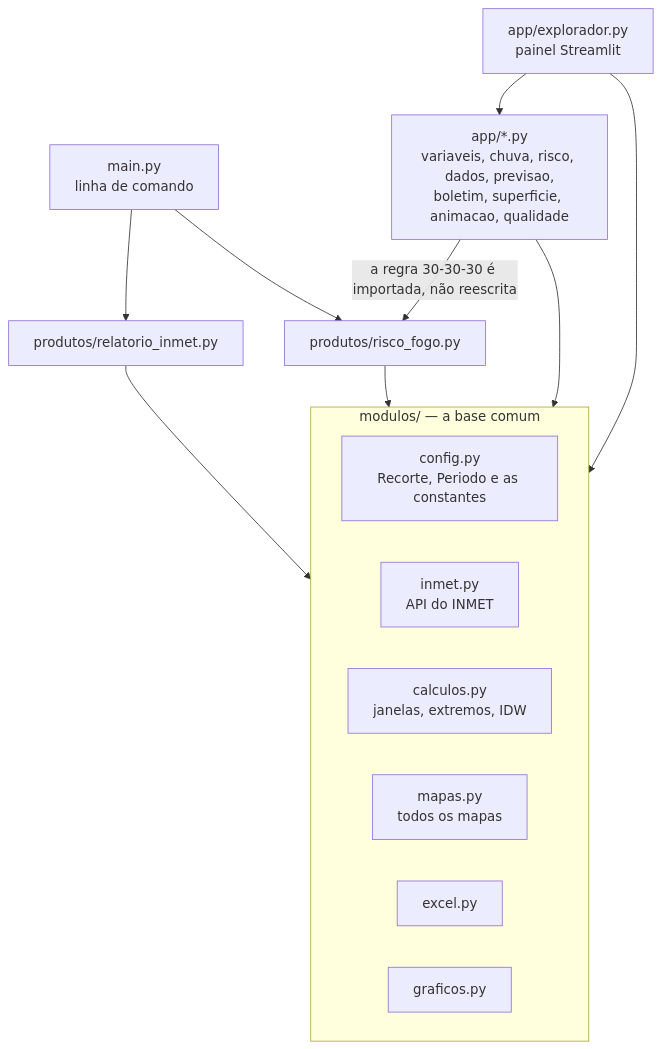
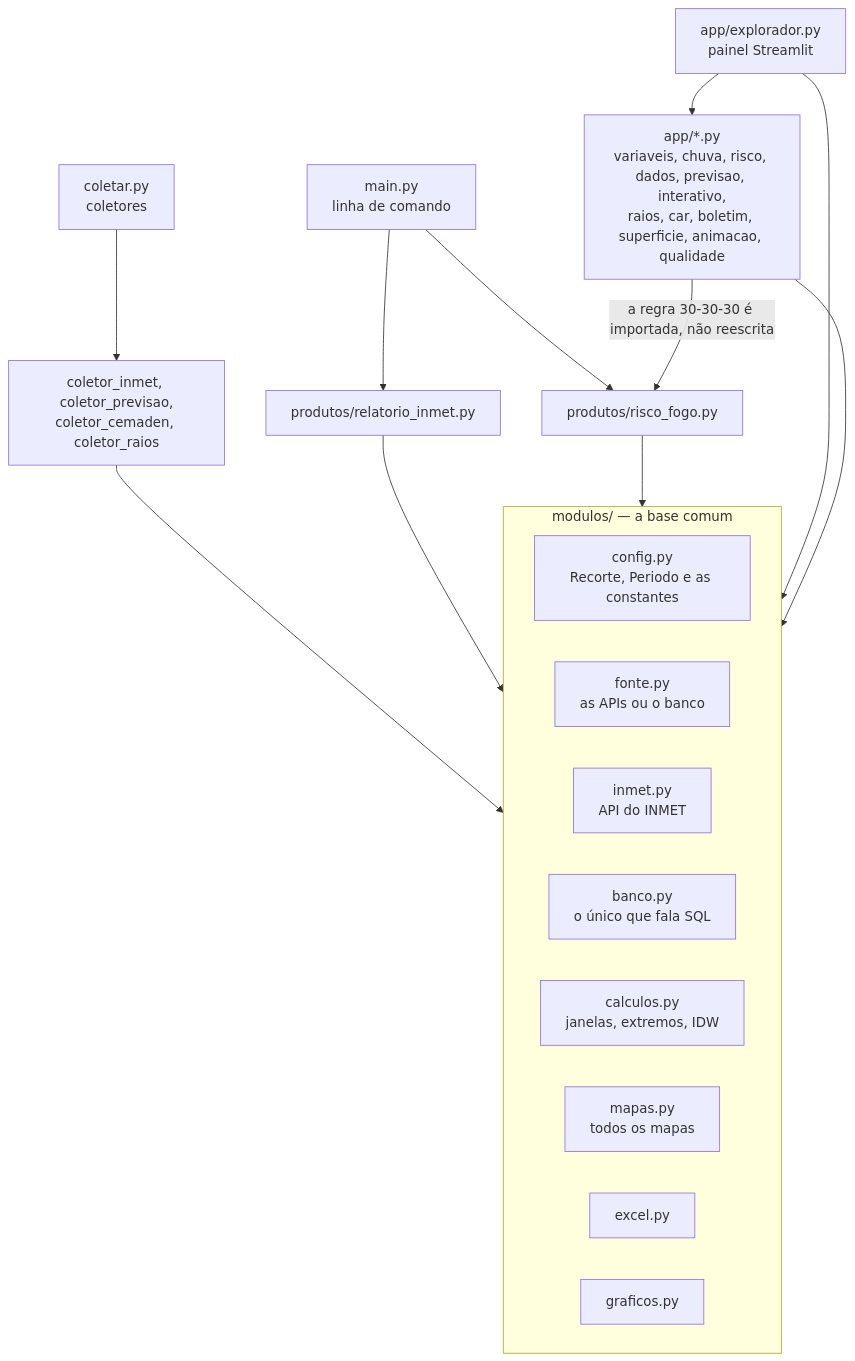
One commit to abner-valente/scripts-UNIGEO-CEMTEC changed the diagram in docs/guia_de_manutencao.md. Above: the diagram before and after it, drawn with Mermaid. The commit also changed other lines of this file and 4 other files, not shown here.

````diff
--- a/docs/guia_de_manutencao.md
+++ b/docs/guia_de_manutencao.md
@@ -31,19 +32,23 @@
 ```mermaid
 flowchart TD
     main["main.py<br/>linha de comando"] --> rel["produtos/relatorio_inmet.py"]
     main --> fogo["produtos/risco_fogo.py"]
-    painel["app/explorador.py<br/>painel Streamlit"] --> appmods["app/*.py<br/>variaveis, chuva, risco, dados, previsao,<br/>boletim, superficie, animacao, qualidade"]
+    coletar["coletar.py<br/>coletores"] --> coletores["coletor_inmet, coletor_previsao,<br/>coletor_cemaden, coletor_raios"]
+    coletores --> base
+    painel["app/explorador.py<br/>painel Streamlit"] --> appmods["app/*.py<br/>variaveis, chuva, risco, dados, previsao, interativo,<br/>raios, car, boletim, superficie, animacao, qualidade"]
     appmods -->|"a regra 30-30-30 é importada, não reescrita"| fogo
     rel --> base
     fogo --> base
     painel --> base
     appmods --> base
     subgraph base["modulos/ — a base comum"]
         config["config.py<br/>Recorte, Periodo e as constantes"]
+        fonte["fonte.py<br/>as APIs ou o banco"]
         inmet["inmet.py<br/>API do INMET"]
+        banco["banco.py<br/>o único que fala SQL"]
         calculos["calculos.py<br/>janelas, extremos, IDW"]
         mapas["mapas.py<br/>todos os mapas"]
         excel["excel.py"]
         graficos["graficos.py"]
     end
 ```
````
